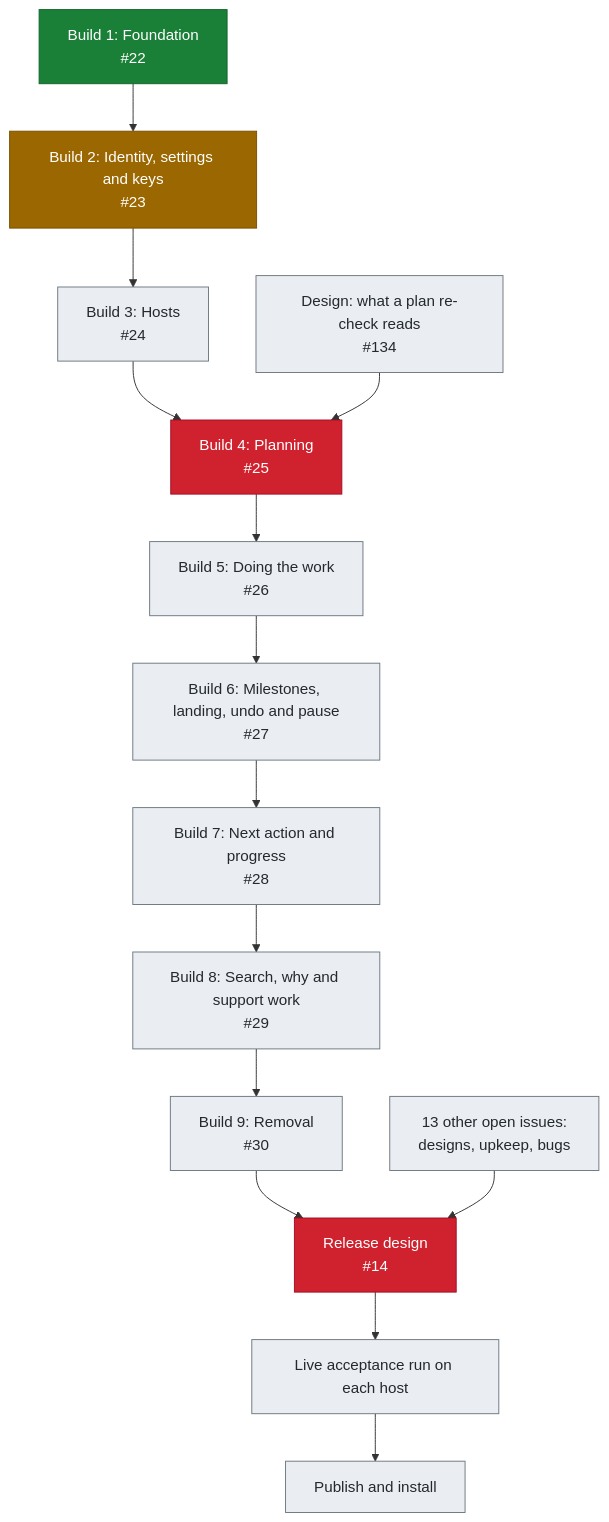
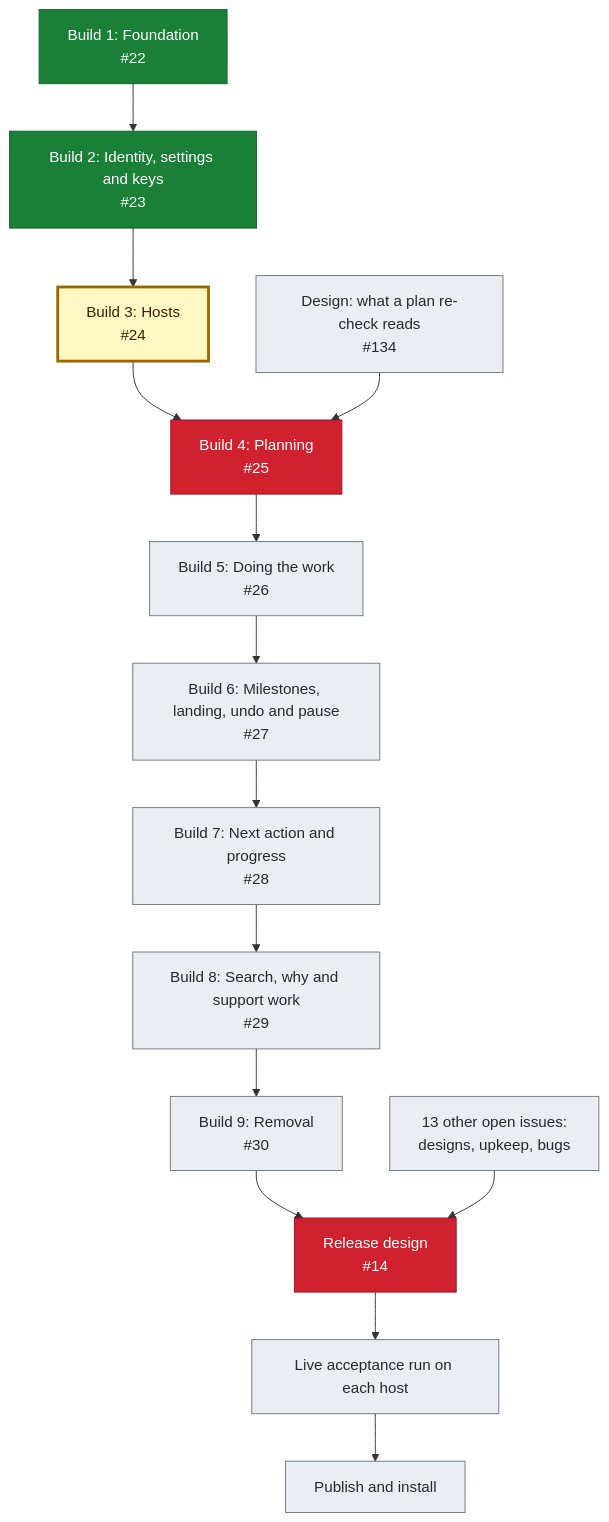
The first of 3 diagrams in docs/roadmap.md (crenshawdev/baley), drawn with Mermaid before and after one commit. The commit also changed other lines of this file, not shown here.

First line of the commit message:
docs(roadmap): mark build 2 t13 merged, build 2 done and build 3 next

````diff
--- a/docs/roadmap.md
+++ b/docs/roadmap.md
@@ -9,32 +9,32 @@
 ```mermaid
 flowchart TB
     B1["Build 1: Foundation<br/>#22"]
     B2["Build 2: Identity, settings and keys<br/>#23"]
     B3["Build 3: Hosts<br/>#24"]
     B4["Build 4: Planning<br/>#25"]
     B5["Build 5: Doing the work<br/>#26"]
     B6["Build 6: Milestones, landing, undo and pause<br/>#27"]
     B7["Build 7: Next action and progress<br/>#28"]
     B8["Build 8: Search, why and support work<br/>#29"]
     B9["Build 9: Removal<br/>#30"]
     D134["Design: what a plan re-check reads<br/>#134"]
     OTHER["13 other open issues:<br/>designs, upkeep, bugs"]
     R1["Release design<br/>#14"]
     R2["Live acceptance run on each host"]
     R3["Publish and install"]
 
     B1 --> B2 --> B3 --> B4 --> B5 --> B6 --> B7 --> B8 --> B9 --> R1 --> R2 --> R3
     D134 --> B4
     OTHER --> R1
 
     classDef done fill:#1a7f37,stroke:#116329,color:#ffffff
     classDef progress fill:#9a6700,stroke:#7d4e00,color:#ffffff
     classDef next fill:#fff8c5,stroke:#9a6700,stroke-width:3px,color:#3b2300
     classDef blocked fill:#cf222e,stroke:#a40e26,color:#ffffff
     classDef planned fill:#eaeef2,stroke:#6e7781,color:#24292f
 
-    class B1 done
-    class B2 progress
+    class B1,B2 done
+    class B3 next
     class B4,R1 blocked
-    class B3,B5,B6,B7,B8,B9,D134,OTHER,R2,R3 planned
+    class B5,B6,B7,B8,B9,D134,OTHER,R2,R3 planned
 ```
````
